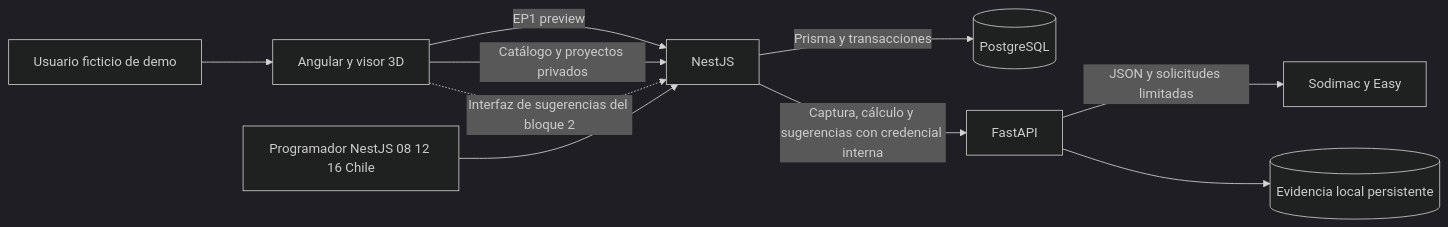
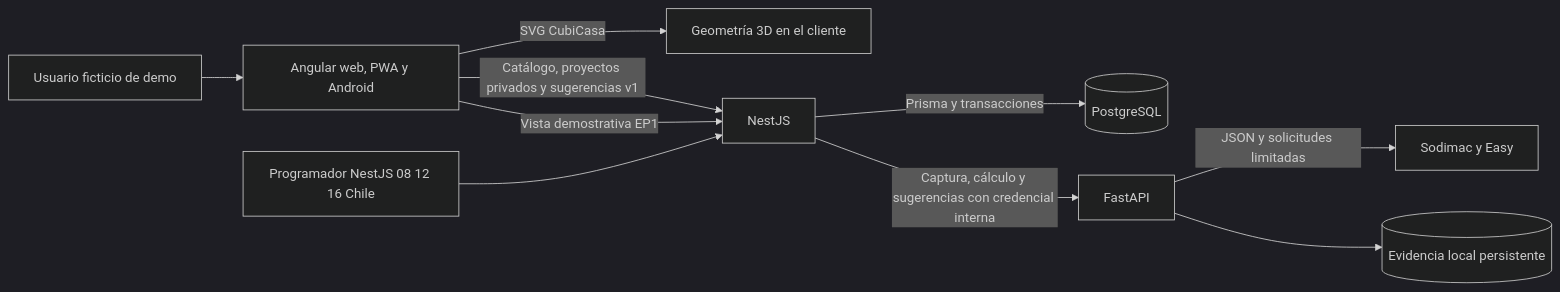
The first of 2 diagrams in docs/architecture/overview.md (Fourdath/Habita3D), drawn with Mermaid (dark theme) before and after one commit. The commit also changed other lines of this file and 10 other files, not shown here.

````diff
--- a/docs/architecture/overview.md
+++ b/docs/architecture/overview.md
@@ -35,12 +41,12 @@
 ```mermaid
 flowchart LR
-    U[Usuario ficticio de demo] --> FE[Angular y visor 3D]
-    FE -->|EP1 preview| BE[NestJS]
-    FE -->|Catálogo y proyectos privados| BE
-    FE -.->|Interfaz de sugerencias del bloque 2| BE
+    U[Usuario ficticio de demo] --> FE[Angular web, PWA y Android]
+    FE -->|SVG CubiCasa| VIS[Geometría 3D en el cliente]
+    FE -->|Catálogo, proyectos privados y sugerencias v1| BE[NestJS]
+    FE -->|Vista demostrativa EP1| BE
     BE -->|Prisma y transacciones| DB[(PostgreSQL)]
     BE -->|Captura, cálculo y sugerencias con credencial interna| PY[FastAPI]
     PY -->|JSON y solicitudes limitadas| WEB[Sodimac y Easy]
     PY --> CACHE[(Evidencia local persistente)]
     S[Programador NestJS 08 12 16 Chile] --> BE
 ```
````
